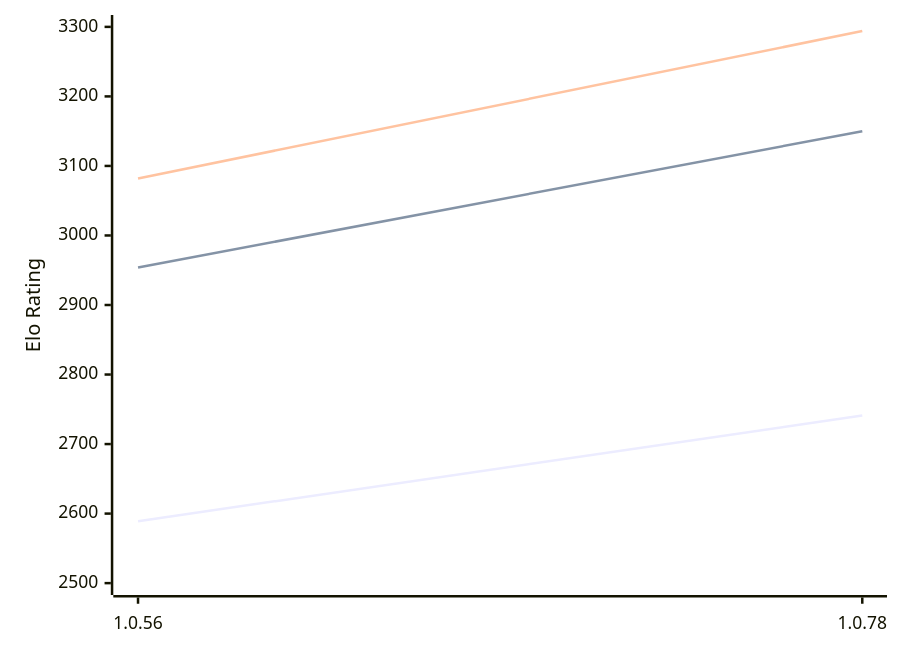
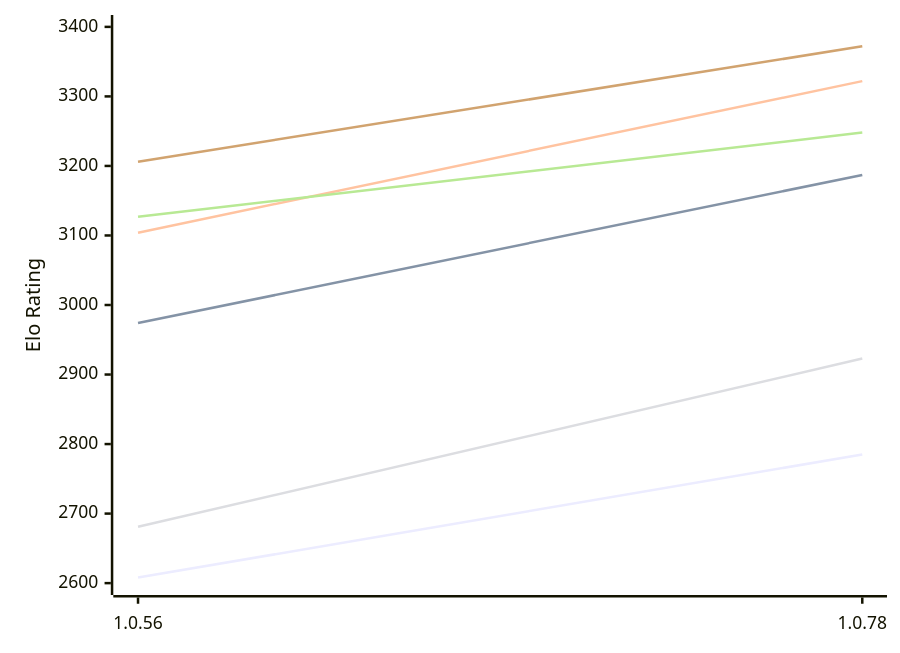
The first of 2 diagrams in engines/RustyRival.md (computer-chess-index/cci), drawn with Mermaid before and after one commit. The commit also changed other lines of this file, not shown here.

Commit message:
Update CCI Ratings (ELO VLTC) - 2026-10-20

````diff
--- a/engines/RustyRival.md
+++ b/engines/RustyRival.md
@@ -62,12 +63,12 @@
 ```mermaid
 %%{init: {"theme":"base","themeVariables":{"seriesColors:['#a3a3a3','#222221','#faa371']}}}%%
 xychart-beta
   x-axis ["1.0.56", "1.0.78"]
-  y-axis "Elo Rating" 2500 --> 3300
-  line "E1: STC (8.0+0.08s)" [2589, 2741]
-  line "E1: LTC (60.0+0.60s)" [2954, 3150]
-  line "E1: VLTC (2m24s+1.12s)" [3082, 3294]
-  line "P1: STC (8.0+0.08s)" [2660]
-  line "P1: LTC (60.0+0.60s)" [3101]
-  line "P1: VLTC (2m24s+1.12s)" [3179]
+  y-axis "Elo Rating" 2600 --> 3400
+  line "E1: STC (8.0+0.08s)" [2608, 2785]
+  line "E1: LTC (60.0+0.60s)" [2974, 3187]
+  line "E1: VLTC (2m24s+1.12s)" [3104, 3322]
+  line "P1: STC (8.0+0.08s)" [2681, 2923]
+  line "P1: LTC (60.0+0.60s)" [3127, 3248]
+  line "P1: VLTC (2m24s+1.12s)" [3206, 3372]
 ```
````
